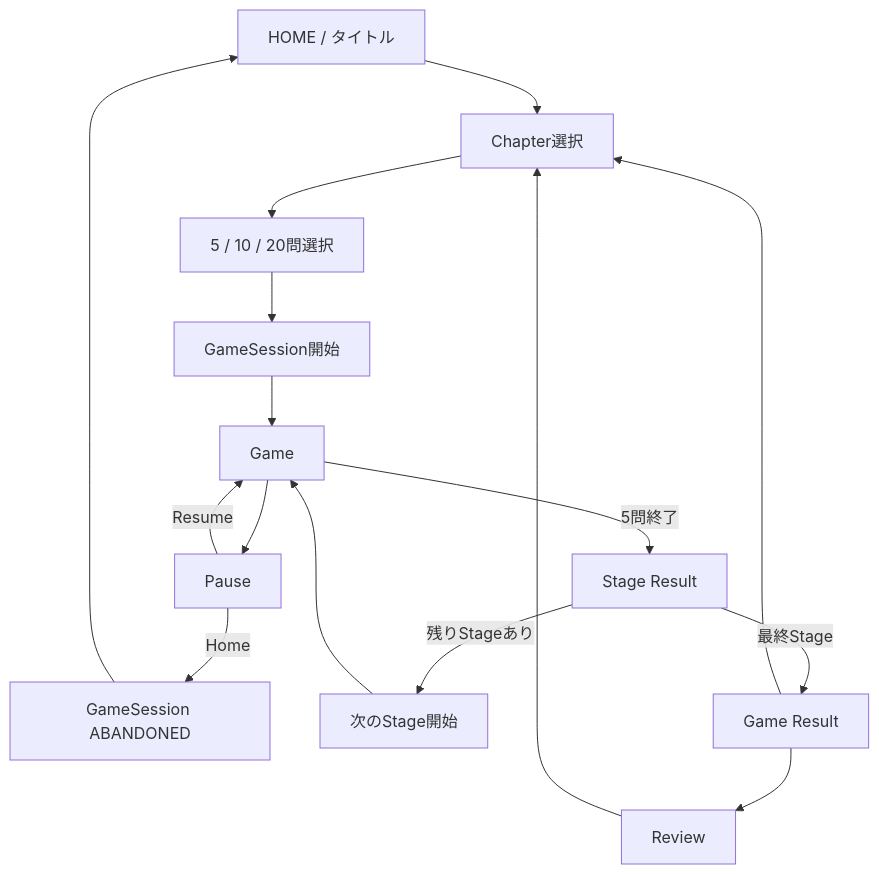
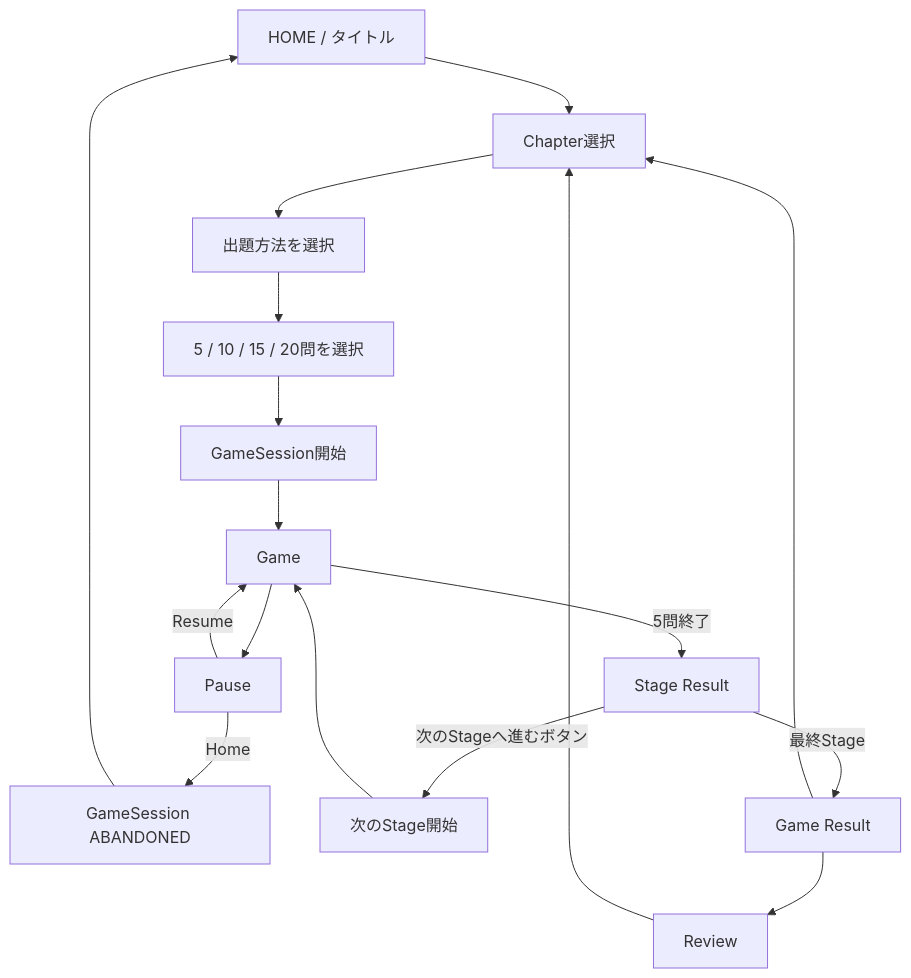
The eighth of 29 diagrams in README.md (suu-dev-0203/graduation_JAVAgame), drawn with Mermaid before and after one commit. The commit also changed other lines of this file and 1 other file, not shown here.

````diff
--- a/README.md
+++ b/README.md
@@ -466,20 +467,21 @@
 ```mermaid
 flowchart TD
     HOME[HOME / タイトル] --> CH[Chapter選択]
-    CH --> COUNT[5 / 10 / 20問選択]
+    CH --> MODE[出題方法を選択]
+    MODE --> COUNT[5 / 10 / 15 / 20問を選択]
     COUNT --> START[GameSession開始]
     START --> GAME[Game]
 
     GAME --> PAUSE[Pause]
     PAUSE -->|Resume| GAME
     PAUSE -->|Home| ABANDON[GameSession ABANDONED]
     ABANDON --> HOME
 
     GAME -->|5問終了| SR[Stage Result]
-    SR -->|残りStageあり| NEXT[次のStage開始]
+    SR -->|次のStageへ進むボタン| NEXT[次のStage開始]
     NEXT --> GAME
     SR -->|最終Stage| GR[Game Result]
     GR --> REVIEW[Review]
     GR --> CH
     REVIEW --> CH
 ```
````
